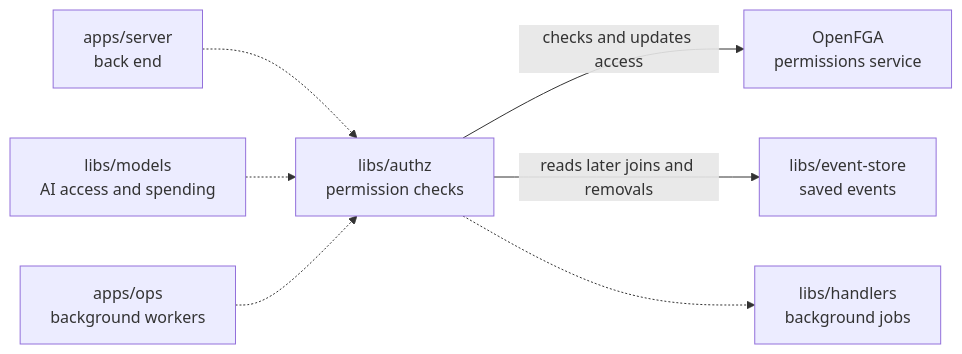
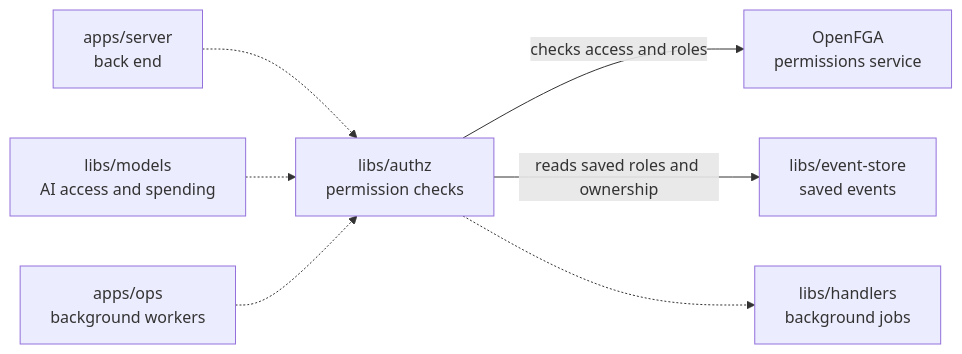
The diagram in libs/authz/README.md (elewa-git/opencrane-new), drawn with Mermaid before and after one commit. The commit also changed other lines of this file and 21 other files, not shown here.

````diff
--- a/libs/authz/README.md
+++ b/libs/authz/README.md
@@ -11,9 +11,9 @@
 ```mermaid
 flowchart LR
   server["apps/server<br/>back end"] -.-> authz["libs/authz<br/>permission checks"]
   models["libs/models<br/>AI access and spending"] -.-> authz
   ops["apps/ops<br/>background workers"] -.-> authz
-  authz -->|checks and updates access| fga["OpenFGA<br/>permissions service"]
-  authz -->|reads later joins and removals| store["libs/event-store<br/>saved events"]
+  authz -->|checks access and roles| fga["OpenFGA<br/>permissions service"]
+  authz -->|reads saved roles and ownership| store["libs/event-store<br/>saved events"]
   authz -.-> handlers["libs/handlers<br/>background jobs"]
 ```
````
